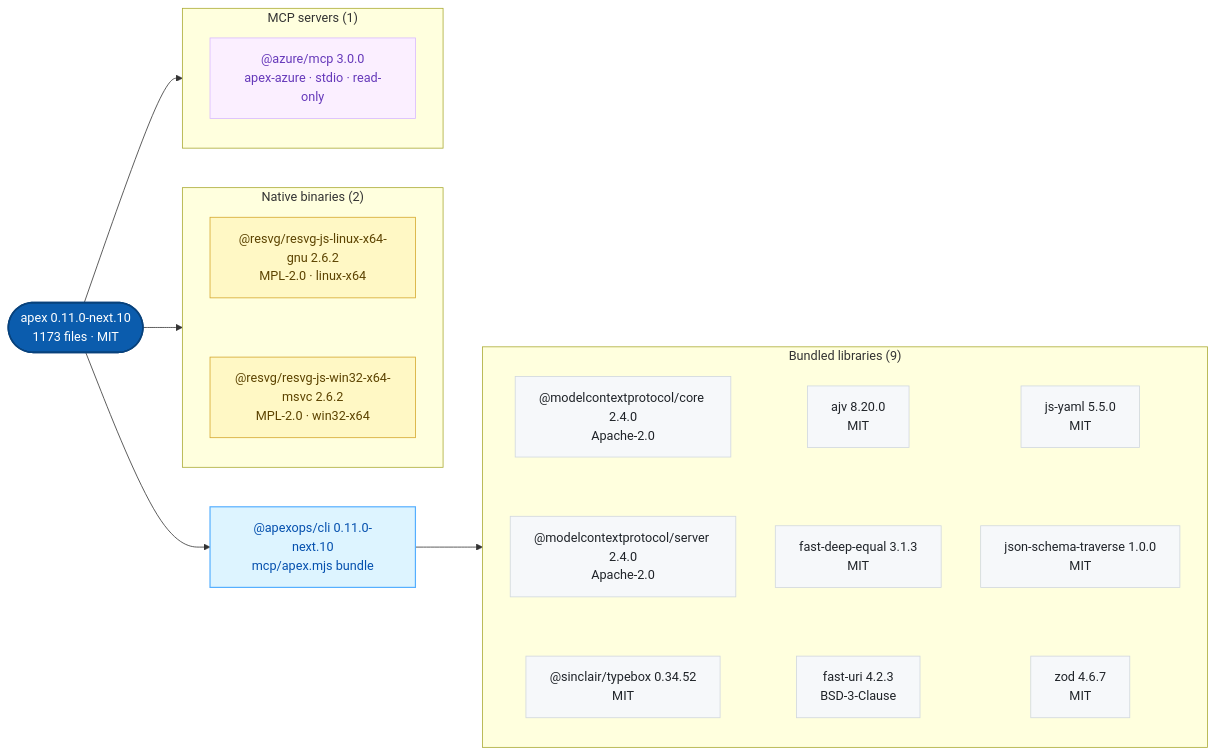
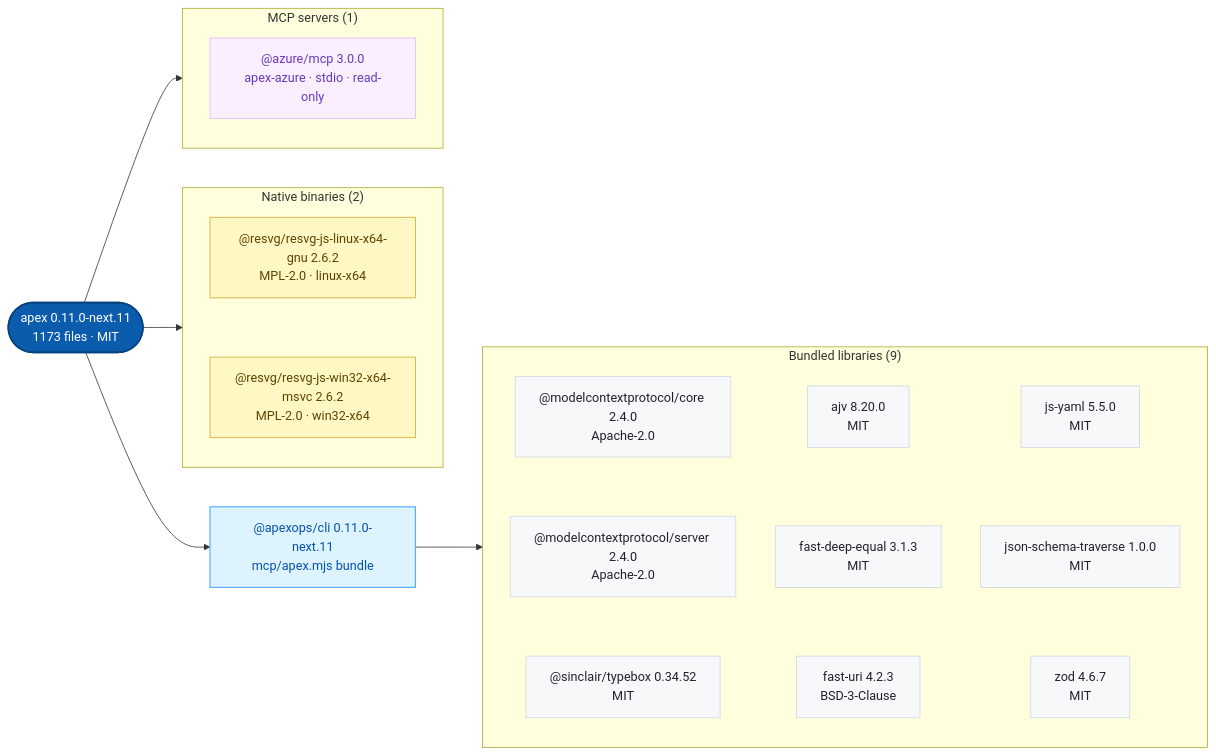
Before and after one commit to jonathan-vella/apex-plugins: the second of 2 diagrams in README.md, drawn with Mermaid. The commit also changed other lines of this file and 14 other files, not shown here.

First line of the commit message:
chore(release): publish apex 0.11.0-next.11 (#15)

````diff
--- a/README.md
+++ b/README.md
@@ -43,41 +43,41 @@
 ```mermaid
 flowchart LR
-    n0(["apex 0.11.0-next.10<br/>1173 files · MIT"])
-    n1["@apexops/cli 0.11.0-next.10<br/>mcp/apex.mjs bundle"]
+    n0(["apex 0.11.0-next.11<br/>1173 files · MIT"])
+    n1["@apexops/cli 0.11.0-next.11<br/>mcp/apex.mjs bundle"]
     subgraph g0["Bundled libraries (9)"]
       n2["@modelcontextprotocol/core 2.4.0<br/>Apache-2.0"]
       n3["@modelcontextprotocol/server 2.4.0<br/>Apache-2.0"]
       n4["@sinclair/typebox 0.34.52<br/>MIT"]
       n5["ajv 8.20.0<br/>MIT"]
       n6["fast-deep-equal 3.1.3<br/>MIT"]
       n7["fast-uri 4.2.3<br/>BSD-3-Clause"]
       n8["js-yaml 5.5.0<br/>MIT"]
       n9["json-schema-traverse 1.0.0<br/>MIT"]
       n10["zod 4.6.7<br/>MIT"]
       n2 ~~~ n3 ~~~ n4
       n5 ~~~ n6 ~~~ n7
       n8 ~~~ n9 ~~~ n10
     end
     subgraph g1["Native binaries (2)"]
       n11["@resvg/resvg-js-linux-x64-gnu 2.6.2<br/>MPL-2.0 · linux-x64"]
       n12["@resvg/resvg-js-win32-x64-msvc 2.6.2<br/>MPL-2.0 · win32-x64"]
       n11 ~~~ n12
     end
     subgraph g2["MCP servers (1)"]
       n13["@azure/mcp 3.0.0<br/>apex-azure · stdio · read-only"]
     end
     n0 --> n1
     n1 --> g0
     n0 --> g1
     n0 --> g2
     classDef plugin fill:#0b5cad,color:#ffffff,stroke:#08427c,stroke-width:2px
     classDef cli fill:#ddf4ff,color:#0550ae,stroke:#54aeff,stroke-width:1.5px
     classDef lib fill:#f6f8fa,color:#1f2328,stroke:#d0d7de
     classDef native fill:#fff8c5,color:#5c4300,stroke:#d4a72c
     classDef service fill:#fbefff,color:#6639ba,stroke:#d8b9ff
     class n0 plugin
     class n1 cli
     class n2,n3,n4,n5,n6,n7,n8,n9,n10 lib
     class n11,n12 native
     class n13 service
 ```
````
